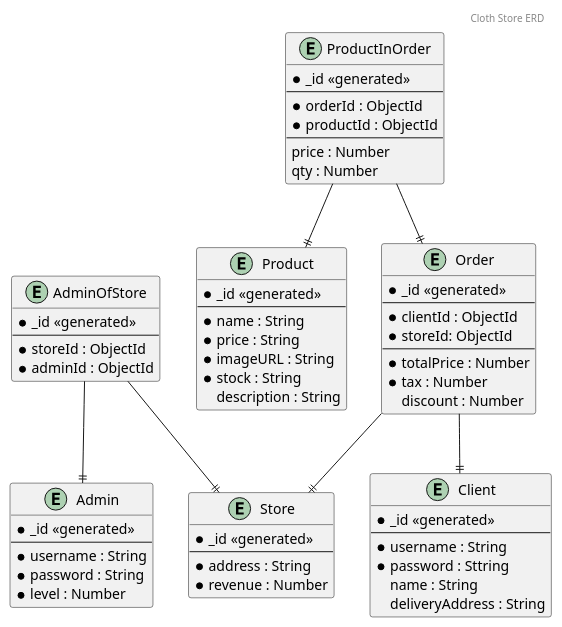
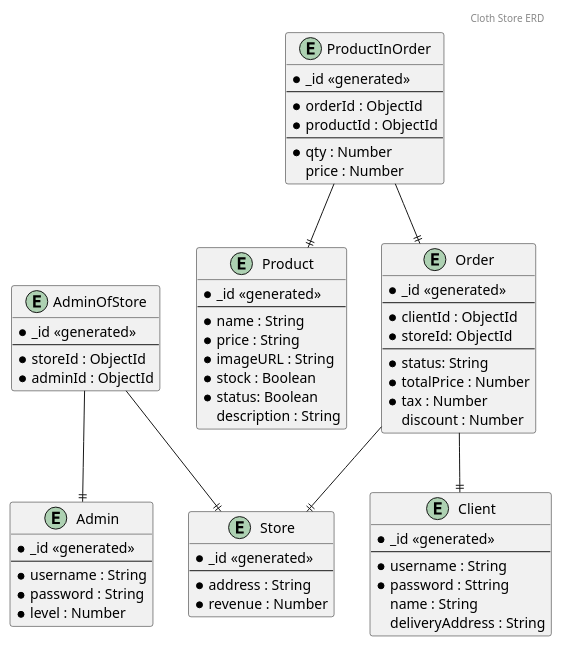
One commit to kieutridang/train-nodejs changed the diagram in myapp/docs/erd/clothstore.erd.puml. Above: the diagram before and after it, drawn with PlantUML. The commit also changed 29 other files, not shown here.

```diff
--- a/myapp/docs/erd/clothstore.erd.puml
+++ b/myapp/docs/erd/clothstore.erd.puml
@@ -1,74 +1,76 @@
 @startuml Cloth Store ERD
 
 header Cloth Store ERD
 
 entity "Admin" as Admin {
     *_id <<generated>>
     --
     *username : String
     *password : String
     *level : Number
 }
 
 entity "Store" as Store {
     *_id <<generated>>
     --
     *address : String
     *revenue : Number
 }
 
 entity "Client" as Client {
     *_id <<generated>>
     --
     *username : String
     *password : Sttring
     name : String
     deliveryAddress : String
 }
 
 entity "Product" as Product {
     *_id <<generated>>
     --
     *name : String
     *price : String
     *imageURL : String
-    *stock : String
+    *stock : Boolean
+    *status: Boolean
     description : String
 }
 
 entity "Order" as Order {
     *_id <<generated>>
     --
     *clientId : ObjectId
     *storeId: ObjectId
     --
+    *status: String
     *totalPrice : Number
     *tax : Number
     discount : Number
 }
 
 entity "AdminOfStore" as AdminOfStore {
     *_id <<generated>>
     --
     *storeId : ObjectId
     *adminId : ObjectId
 }
 
 entity "ProductInOrder" as ProductInOrder {
     *_id <<generated>>
     --
     *orderId : ObjectId
     *productId : ObjectId
     --
+    *qty : Number
     price : Number
-    qty : Number
 }
 
 AdminOfStore --|| Admin
 AdminOfStore --|| Store
 Order --|| Client
 Order --|| Store
 ProductInOrder --|| Order
 ProductInOrder --|| Product
 
 @enduml
```
